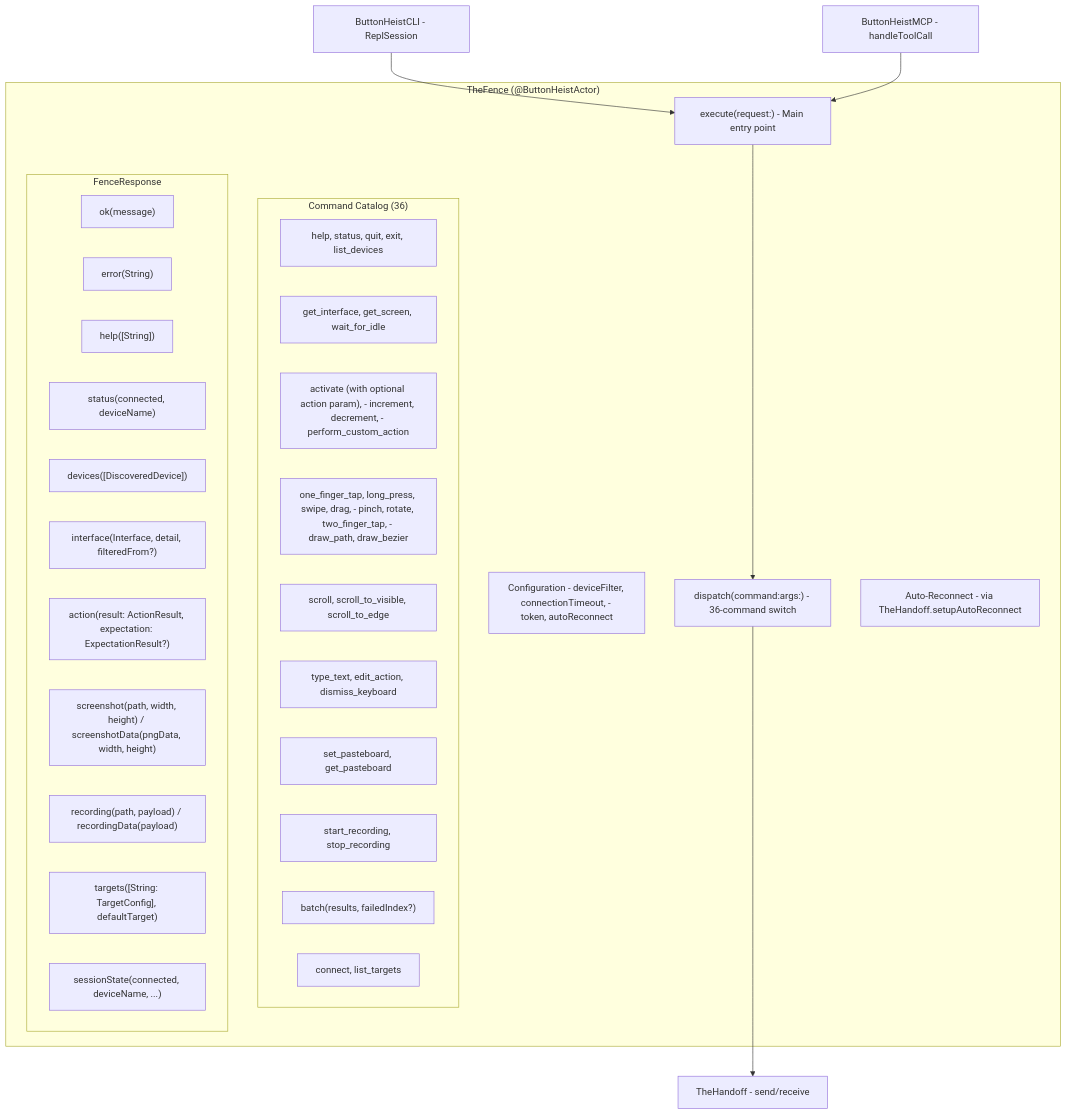
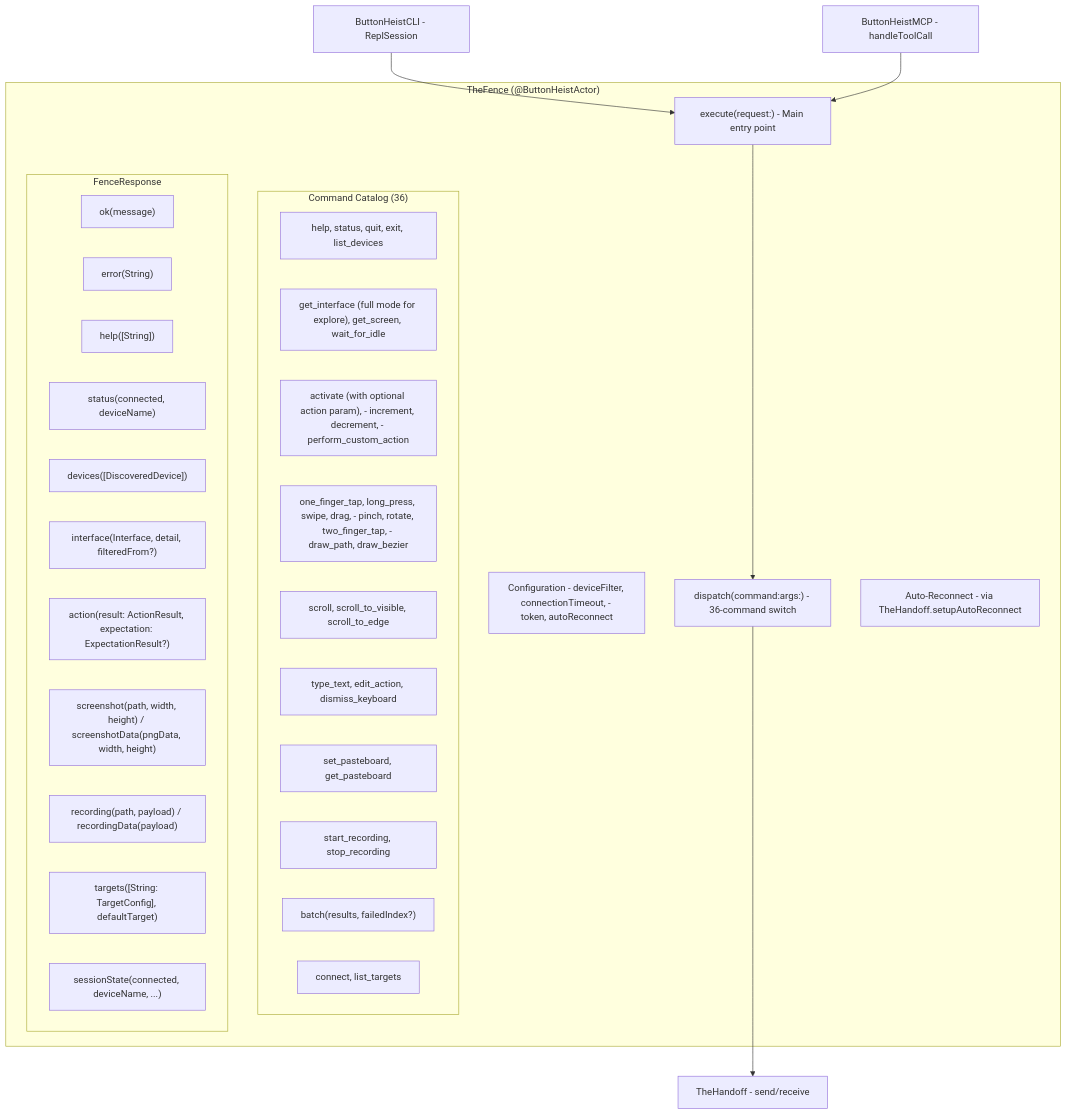
Before and after one commit to RoyalPineapple/TheButtonHeist: the first of 3 diagrams in docs/dossiers/10-THEFENCE.md, drawn with Mermaid. The commit also changed 32 other files, not shown here.

First line of the commit message:
explore command — full screen element census (#180)

````diff
--- a/docs/dossiers/10-THEFENCE.md
+++ b/docs/dossiers/10-THEFENCE.md
@@ -25,42 +25,42 @@
 ```mermaid
 graph TD
     subgraph TheFence["TheFence (@ButtonHeistActor)"]
         Config["Configuration - deviceFilter, connectionTimeout, - token, autoReconnect"]
         Execute["execute(request:) - Main entry point"]
         Dispatch["dispatch(command:args:) - 36-command switch"]
         Reconnect["Auto-Reconnect - via TheHandoff.setupAutoReconnect"]
 
         subgraph Commands["Command Catalog (36)"]
             Conn["help, status, quit, exit, list_devices"]
-            IF["get_interface, get_screen, wait_for_idle"]
+            IF["get_interface (full mode for explore), get_screen, wait_for_idle"]
             Access["activate (with optional action param), - increment, decrement, - perform_custom_action"]
             Gesture["one_finger_tap, long_press, swipe, drag, - pinch, rotate, two_finger_tap, - draw_path, draw_bezier"]
             Scroll["scroll, scroll_to_visible, scroll_to_edge"]
             Text["type_text, edit_action, dismiss_keyboard"]
             Pasteboard["set_pasteboard, get_pasteboard"]
             Rec["start_recording, stop_recording"]
             Batch["run_batch, get_session_state, wait_for"]
             Target["connect, list_targets"]
         end
 
         subgraph Response["FenceResponse"]
             Ok["ok(message)"]
             Err["error(String)"]
             Help["help([String])"]
             Status["status(connected, deviceName)"]
             DevList["devices([DiscoveredDevice])"]
             IFResp["interface(Interface, detail, filteredFrom?)"]
             Action["action(result: ActionResult, expectation: ExpectationResult?)"]
             Screenshot["screenshot(path, width, height) / screenshotData(pngData, width, height)"]
             Recording["recording(path, payload) / recordingData(payload)"]
             Targets["targets([String: TargetConfig], defaultTarget)"]
             Batch["batch(results, failedIndex?)"]
             SessionState["sessionState(connected, deviceName, ...)"]
         end
     end
 
     CLI["ButtonHeistCLI - ReplSession"] --> Execute
     MCP["ButtonHeistMCP - handleToolCall"] --> Execute
     Execute --> Dispatch
     Dispatch --> Client["TheHandoff - send/receive"]
 ```
````
